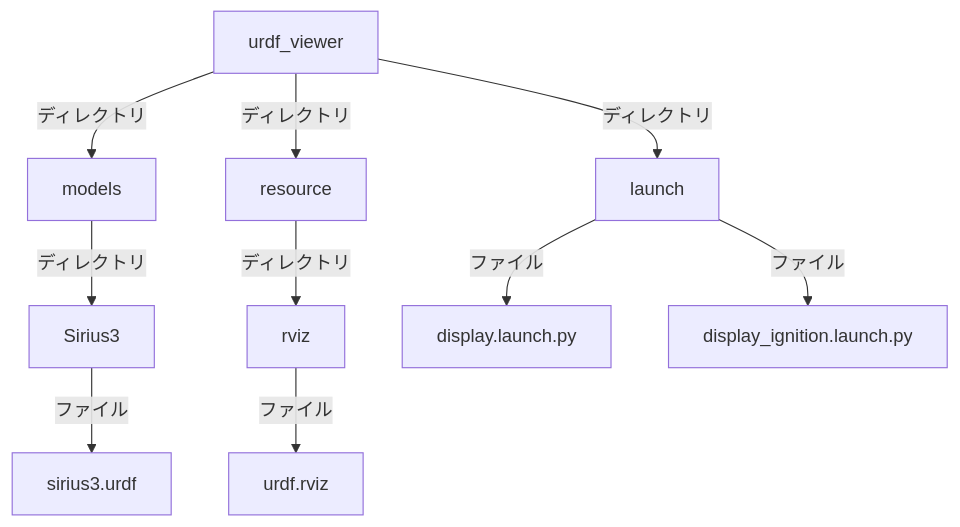
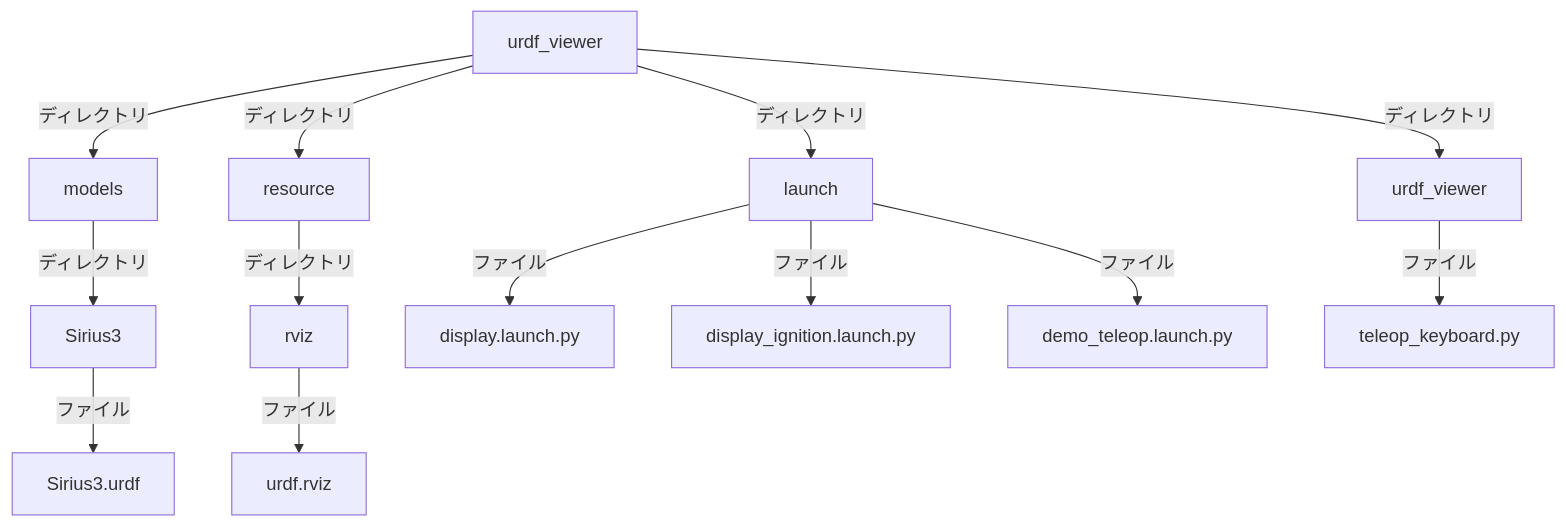
One commit to YakiFrog/urdf_viewer changed the fourth of 4 diagrams in README.md. Above: the diagram before and after it, drawn with Mermaid. The commit also changed other lines of this file and 1 other file, not shown here.

Commit message:
teleop + rviz2

````diff
--- a/README.md
+++ b/README.md
@@ -218,12 +284,15 @@
 ```mermaid
 graph TD
     A[urdf_viewer] -->|ディレクトリ| B[launch]
     A -->|ディレクトリ| C[models]
     A -->|ディレクトリ| D[resource]
+    A -->|ディレクトリ| K[urdf_viewer]
     C -->|ディレクトリ| E[Sirius3]
     D -->|ディレクトリ| F[rviz]
     B -->|ファイル| G[display.launch.py]
-    B -->|ファイル| J[display_ignition.launch.py]
-    E -->|ファイル| H[sirius3.urdf]
-    F -->|ファイル| I[urdf.rviz]
+    B -->|ファイル| H[display_ignition.launch.py]
+    B -->|ファイル| I[demo_teleop.launch.py]
+    E -->|ファイル| J[Sirius3.urdf]
+    F -->|ファイル| L[urdf.rviz]
+    K -->|ファイル| M[teleop_keyboard.py]
 ```
````
